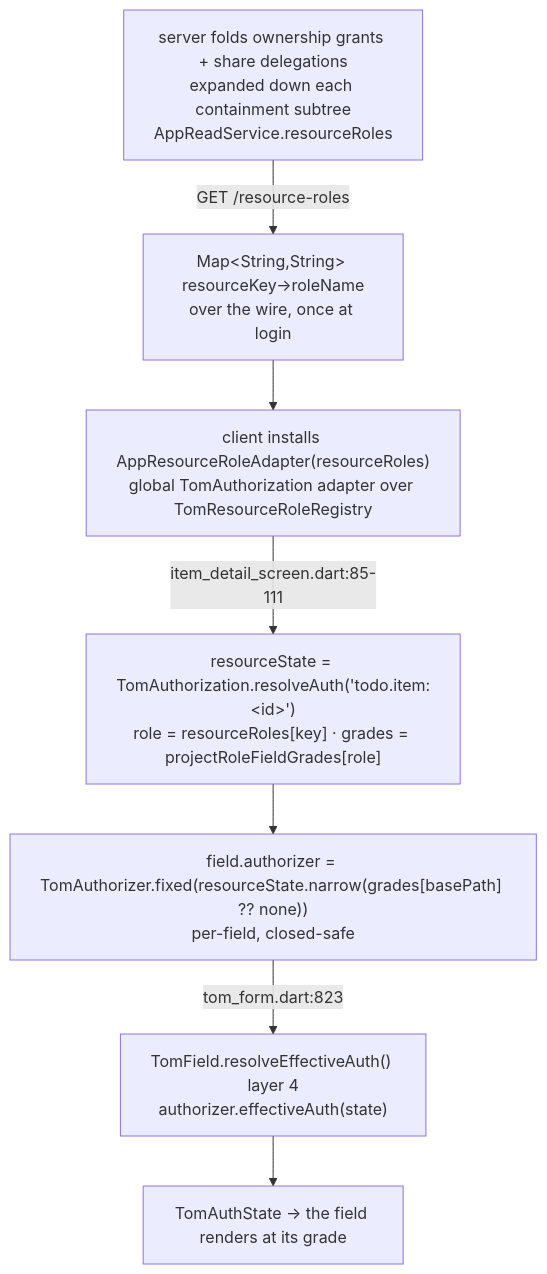
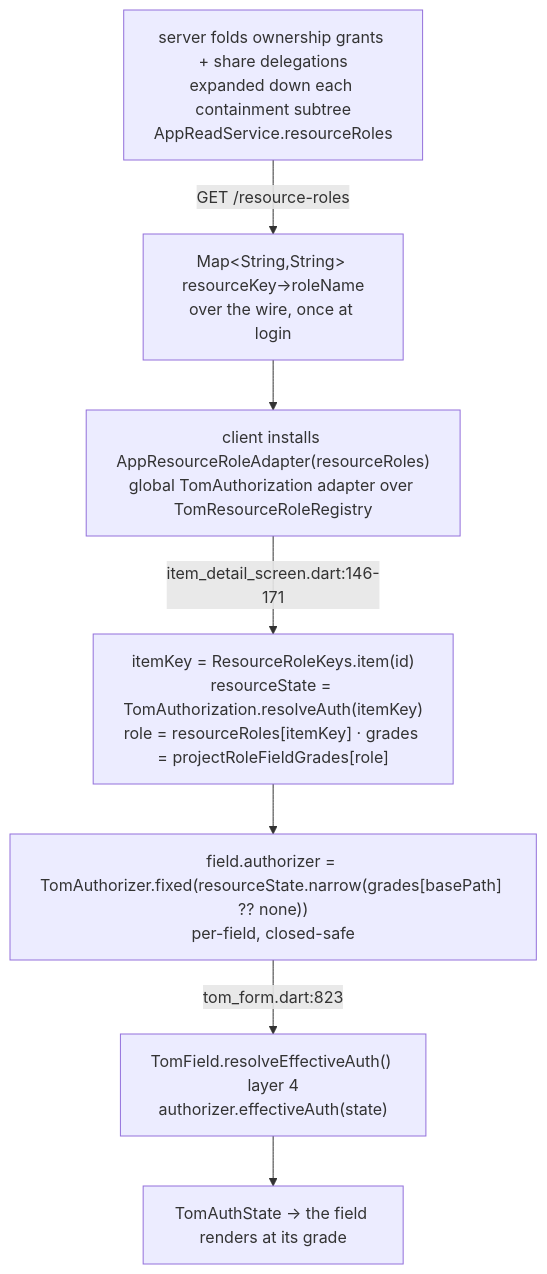
One commit to al-the-bear/tom_core changed the diagram in tom_core_samples/README_advanced_A1_authorization_state_machine.md. Above: the diagram before and after it, drawn with Mermaid. The commit also changed other lines of this file and 19 other files, not shown here.

First line of the commit message:
refactor(samples): type resource-key builders on the id's actual shape

````diff
--- a/tom_core_samples/README_advanced_A1_authorization_state_machine.md
+++ b/tom_core_samples/README_advanced_A1_authorization_state_machine.md
@@ -144,9 +144,9 @@
 ```mermaid
 graph TB
   fold["server folds ownership grants + share delegations<br/>expanded down each containment subtree<br/>AppReadService.resourceRoles"] -- "GET /resource-roles" --> map["Map&lt;String,String&gt; resourceKey→roleName<br/>over the wire, once at login"]
   map --> adapter["client installs AppResourceRoleAdapter(resourceRoles)<br/>global TomAuthorization adapter over TomResourceRoleRegistry"]
-  adapter -- "item_detail_screen.dart:85-111" --> resolve["resourceState = TomAuthorization.resolveAuth('todo.item:&lt;id&gt;')<br/>role = resourceRoles[key] · grades = projectRoleFieldGrades[role]"]
+  adapter -- "item_detail_screen.dart:146-171" --> resolve["itemKey = ResourceRoleKeys.item(id)<br/>resourceState = TomAuthorization.resolveAuth(itemKey)<br/>role = resourceRoles[itemKey] · grades = projectRoleFieldGrades[role]"]
   resolve --> stamp["field.authorizer = TomAuthorizer.fixed(resourceState.narrow(grades[basePath] ?? none))<br/>per-field, closed-safe"]
   stamp -- "tom_form.dart:823" --> field["TomField.resolveEffectiveAuth() layer 4<br/>authorizer.effectiveAuth(state)"]
   field --> state["TomAuthState → the field renders at its grade"]
 ```
````
